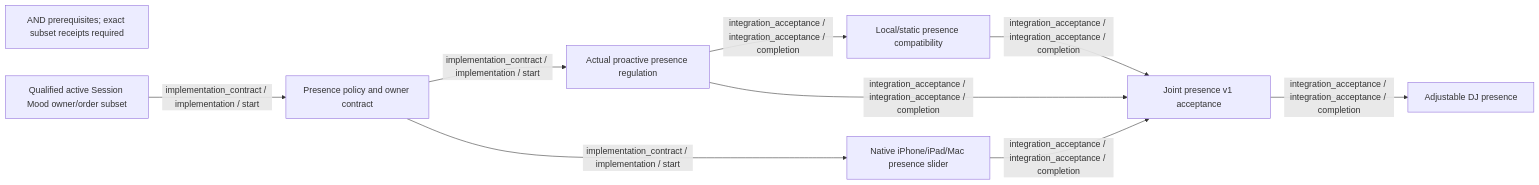
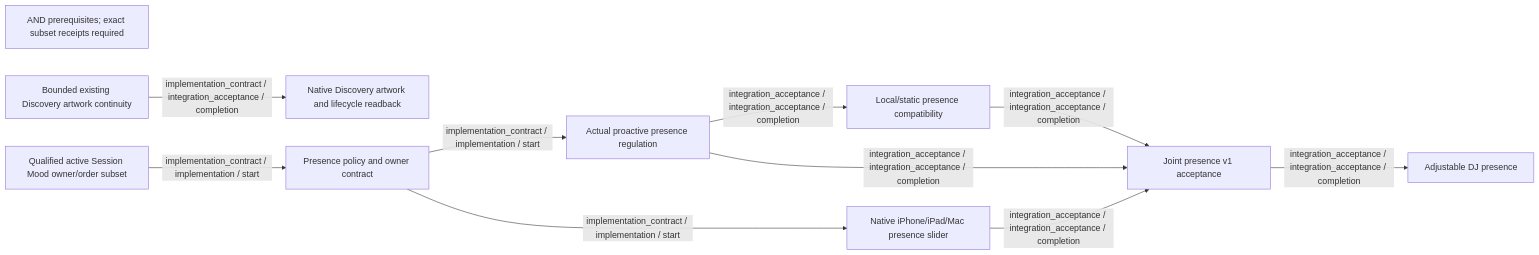
Before and after one commit to pcvantol/djconnect: the diagram in docs/roadmap/v1/diagrams/hard-dependencies.mmd, drawn with Mermaid. The commit also changed 43 other files, not shown here.

First line of the commit message:
Restore owner-scoped Discovery artwork through Store and refresh (#1152)

```diff
--- a/docs/roadmap/v1/diagrams/hard-dependencies.mmd
+++ b/docs/roadmap/v1/diagrams/hard-dependencies.mmd
@@ -1,17 +1,20 @@
 flowchart LR
   note["AND prerequisites; exact subset receipts required"]
+  n215["Native Discovery artwork and lifecycle readback"]
+  n214["Bounded existing Discovery artwork continuity"]
   n207["Adjustable DJ presence"]
   n212["Joint presence v1 acceptance"]
   n211["Local/static presence compatibility"]
   n210["Native iPhone/iPad/Mac presence slider"]
   n213["Qualified active Session Mood owner/order subset"]
   n208["Presence policy and owner contract"]
   n209["Actual proactive presence regulation"]
   n208 -->|implementation_contract / implementation / start| n209
   n208 -->|implementation_contract / implementation / start| n210
   n209 -->|integration_acceptance / integration_acceptance / completion| n211
   n209 -->|integration_acceptance / integration_acceptance / completion| n212
   n210 -->|integration_acceptance / integration_acceptance / completion| n212
   n211 -->|integration_acceptance / integration_acceptance / completion| n212
   n212 -->|integration_acceptance / integration_acceptance / completion| n207
   n213 -->|implementation_contract / implementation / start| n208
+  n214 -->|implementation_contract / integration_acceptance / completion| n215
```
